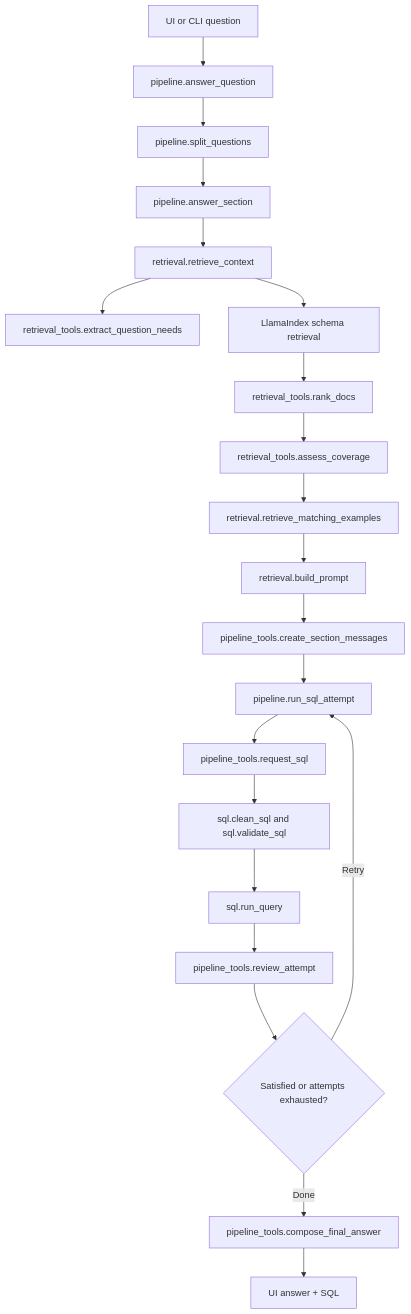
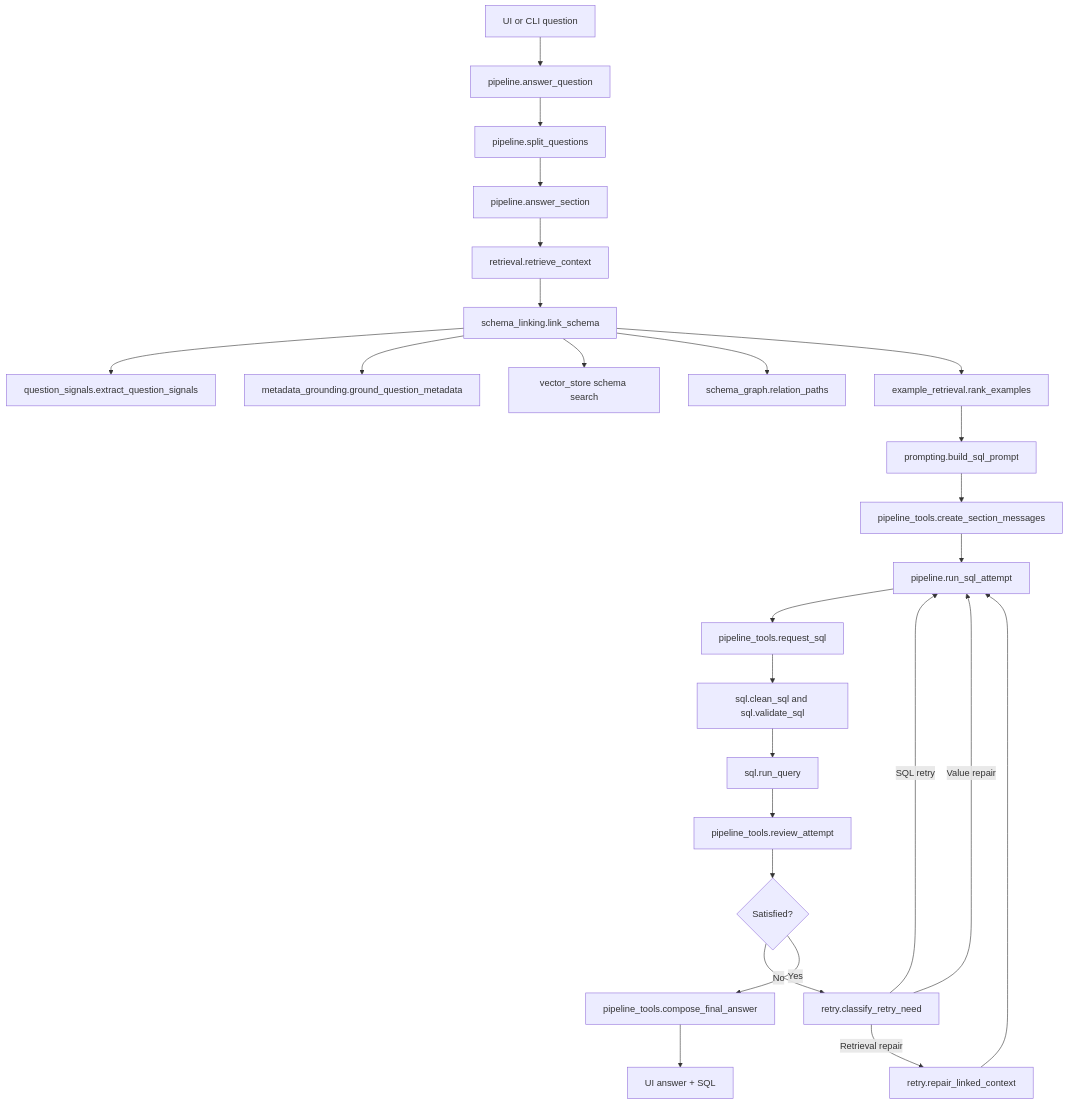
The first of 4 diagrams in docs/pipeline_deep_dive.md (huytdqhe180383/basic-sql-rag), drawn with Mermaid before and after one commit. The commit also changed other lines of this file and 54 other files, not shown here.

Commit message:
feat: add hybrid metadata grounding schema linking

````diff
--- a/docs/pipeline_deep_dive.md
+++ b/docs/pipeline_deep_dive.md
@@ -55,23 +52,28 @@
 ```mermaid
 flowchart TD
     A["UI or CLI question"] --> B["pipeline.answer_question"]
     B --> C["pipeline.split_questions"]
     C --> D["pipeline.answer_section"]
     D --> E["retrieval.retrieve_context"]
-    E --> F["retrieval_tools.extract_question_needs"]
-    E --> G["LlamaIndex schema retrieval"]
-    G --> H["retrieval_tools.rank_docs"]
-    H --> I["retrieval_tools.assess_coverage"]
-    I --> J["retrieval.retrieve_matching_examples"]
-    J --> K["retrieval.build_prompt"]
-    K --> L["pipeline_tools.create_section_messages"]
-    L --> M["pipeline.run_sql_attempt"]
-    M --> N["pipeline_tools.request_sql"]
-    N --> O["sql.clean_sql and sql.validate_sql"]
-    O --> P["sql.run_query"]
-    P --> Q["pipeline_tools.review_attempt"]
-    Q --> R{"Satisfied or attempts exhausted?"}
-    R -->|Retry| M
-    R -->|Done| S["pipeline_tools.compose_final_answer"]
-    S --> T["UI answer + SQL"]
+    E --> F["schema_linking.link_schema"]
+    F --> G["question_signals.extract_question_signals"]
+    F --> H["metadata_grounding.ground_question_metadata"]
+    F --> I["vector_store schema search"]
+    F --> J["schema_graph.relation_paths"]
+    F --> K["example_retrieval.rank_examples"]
+    K --> L["prompting.build_sql_prompt"]
+    L --> M["pipeline_tools.create_section_messages"]
+    M --> N["pipeline.run_sql_attempt"]
+    N --> O["pipeline_tools.request_sql"]
+    O --> P["sql.clean_sql and sql.validate_sql"]
+    P --> Q["sql.run_query"]
+    Q --> R["pipeline_tools.review_attempt"]
+    R --> S{"Satisfied?"}
+    S -->|No| T["retry.classify_retry_need"]
+    T -->|SQL retry| N
+    T -->|Value repair| N
+    T -->|Retrieval repair| U["retry.repair_linked_context"]
+    U --> N
+    S -->|Yes| V["pipeline_tools.compose_final_answer"]
+    V --> W["UI answer + SQL"]
 ```
````
